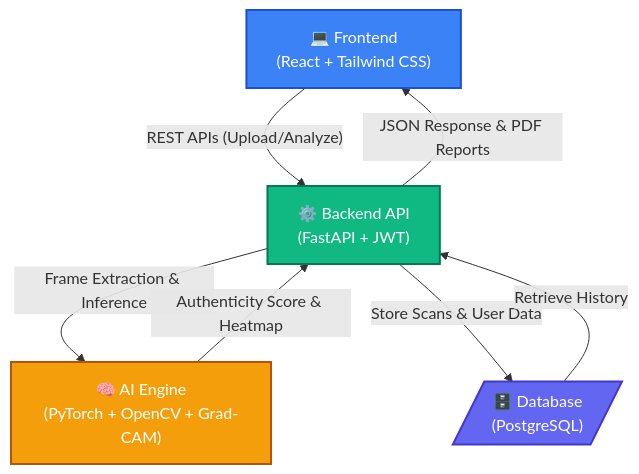
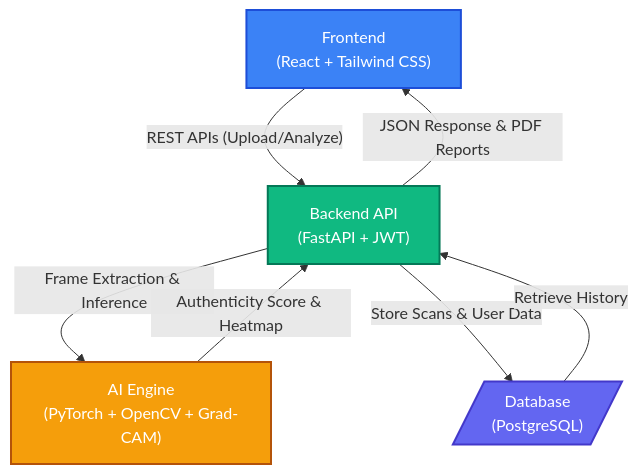
Before and after one commit to debarshimaity2004/TrustVision-AI: the diagram in README.md, drawn with Mermaid.

Commit message:
update readme file

````diff
--- a/README.md
+++ b/README.md
@@ -29,19 +29,19 @@
 ```mermaid
 graph TD
     classDef frontend fill:#3b82f6,stroke:#1d4ed8,stroke-width:2px,color:#fff;
     classDef backend fill:#10b981,stroke:#047857,stroke-width:2px,color:#fff;
     classDef ai fill:#f59e0b,stroke:#b45309,stroke-width:2px,color:#fff;
     classDef db fill:#6366f1,stroke:#4338ca,stroke-width:2px,color:#fff;
 
-    UI["💻 Frontend<br/>(React + Tailwind CSS)"]:::frontend
-    API["⚙️ Backend API<br/>(FastAPI + JWT)"]:::backend
-    ML["🧠 AI Engine<br/>(PyTorch + OpenCV + Grad-CAM)"]:::ai
-    DB[/"🗄️ Database<br/>(PostgreSQL)"/]:::db
+    UI["Frontend<br/>(React + Tailwind CSS)"]:::frontend
+    API["Backend API<br/>(FastAPI + JWT)"]:::backend
+    ML["AI Engine<br/>(PyTorch + OpenCV + Grad-CAM)"]:::ai
+    DB[/"Database<br/>(PostgreSQL)"/]:::db
 
     UI -- "REST APIs (Upload/Analyze)" --> API
     API -- "Frame Extraction & Inference" --> ML
     ML -- "Authenticity Score & Heatmap" --> API
     API -- "Store Scans & User Data" --> DB
     DB -- "Retrieve History" --> API
     API -- "JSON Response & PDF Reports" --> UI
 ```
````
